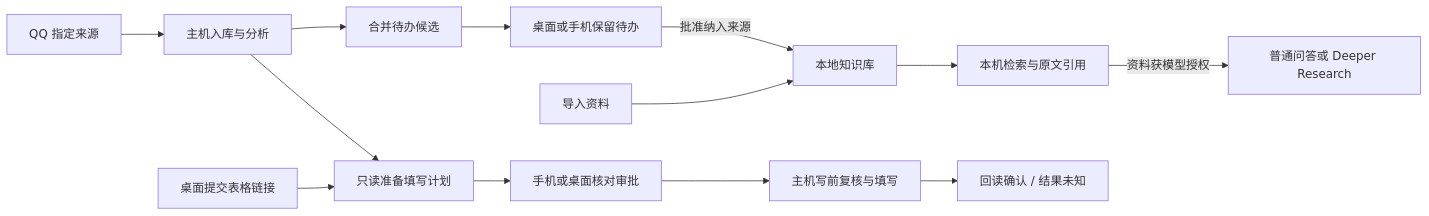
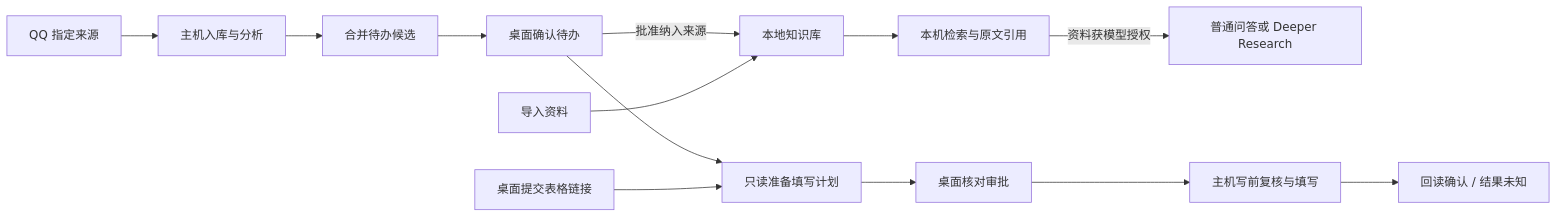
Before and after one commit to luojie286/Campus_Desk: the diagram in README.md, drawn with Mermaid. The commit also changed other lines of this file and 15 other files, not shown here.

````diff
--- a/README.md
+++ b/README.md
@@ -103,15 +109,15 @@
 ```mermaid
 flowchart LR
     Q[QQ 指定来源] --> H[主机入库与分析]
     H --> T[合并待办候选]
-    T --> K[桌面或手机保留待办]
+    T --> K[桌面确认待办]
     K -->|批准纳入来源| L[本地知识库]
     D[导入资料] --> L
     L --> R[本机检索与原文引用]
     R -->|资料获模型授权| S[普通问答或 Deeper Research]
-    H --> P[只读准备填写计划]
+    K --> P[只读准备填写计划]
     M[桌面提交表格链接] --> P
-    P --> A[手机或桌面核对审批]
+    P --> A[桌面核对审批]
     A --> W[主机写前复核与填写]
     W --> V[回读确认 / 结果未知]
 ```
````
